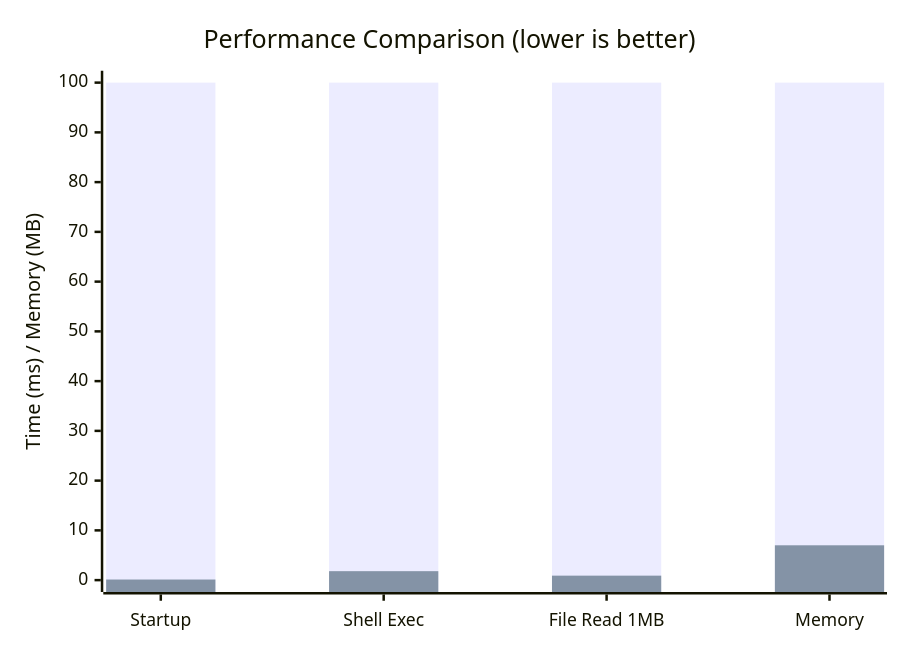
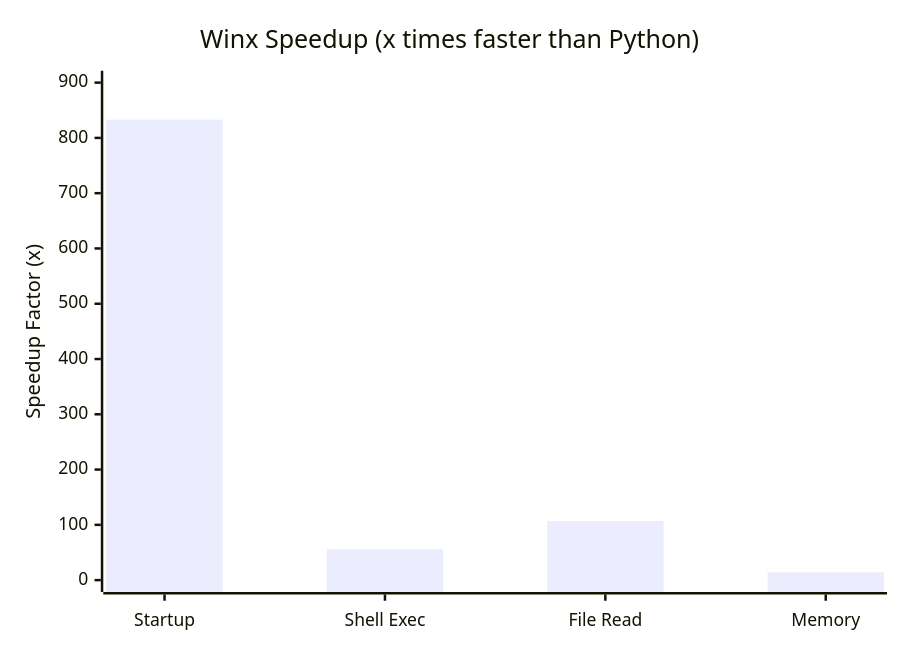
The first of 5 diagrams in README.md (gabrielmaialva33/winx-code-agent), drawn with Mermaid before and after one commit. The commit also changed other lines of this file and 27 other files, not shown here.

Commit message:
refactor: standardize docs to English, cleanup legacy files, update architecture diagrams and install winx dogfooding

````diff
--- a/README.md
+++ b/README.md
@@ -35,8 +35,7 @@
 ```mermaid
 xychart-beta
-    title "Performance Comparison (lower is better)"
-    x-axis ["Startup", "Shell Exec", "File Read 1MB", "Memory"]
-    y-axis "Time (ms) / Memory (MB)" 0 --> 100
-    bar [100, 100, 100, 100]
-    bar [0.12, 1.8, 0.9, 7]
+    title "Winx Speedup (x times faster than Python)"
+    x-axis ["Startup", "Shell Exec", "File Read", "Memory"]
+    y-axis "Speedup Factor (x)" 0 --> 900
+    bar [833, 56, 107, 14]
 ```
````
